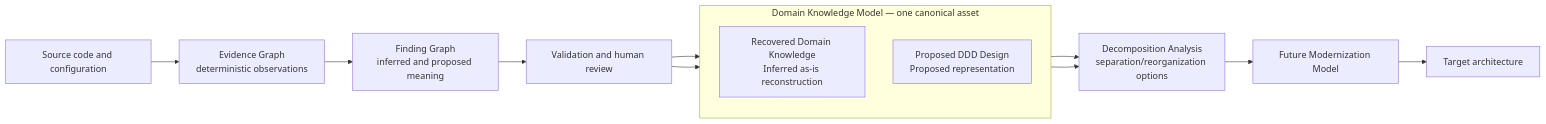
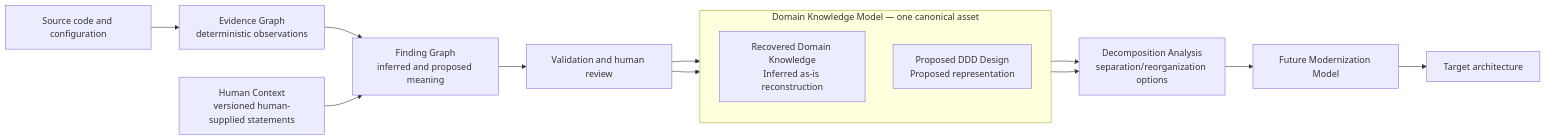
One commit to ksharik/domainLens changed the first of 3 diagrams in docs/architecture/06-domain-knowledge-architecture.md. Above: the diagram before and after it, drawn with Mermaid. The commit also changed other lines of this file and 24 other files, not shown here.

````diff
--- a/docs/architecture/06-domain-knowledge-architecture.md
+++ b/docs/architecture/06-domain-knowledge-architecture.md
@@ -23,17 +23,19 @@
 ```mermaid
 flowchart LR
     Source["Source code and configuration"] --> Evidence["Evidence Graph<br/>deterministic observations"]
+    HumanContext["Human Context<br/>versioned human-supplied statements"]
     Evidence --> Findings["Finding Graph<br/>inferred and proposed meaning"]
+    HumanContext --> Findings
     Findings --> Gate["Validation and human review"]
     subgraph DKM["Domain Knowledge Model — one canonical asset"]
         direction TB
         Recovered["Recovered Domain Knowledge<br/>Inferred as-is reconstruction"]
         Proposed["Proposed DDD Design<br/>Proposed representation"]
     end
     Gate --> Recovered
     Gate --> Proposed
     Recovered --> Decomp["Decomposition Analysis<br/>separation/reorganization options"]
     Proposed --> Decomp
     Decomp --> Modern["Future Modernization Model"]
     Modern --> Target["Target architecture"]
 ```
````
